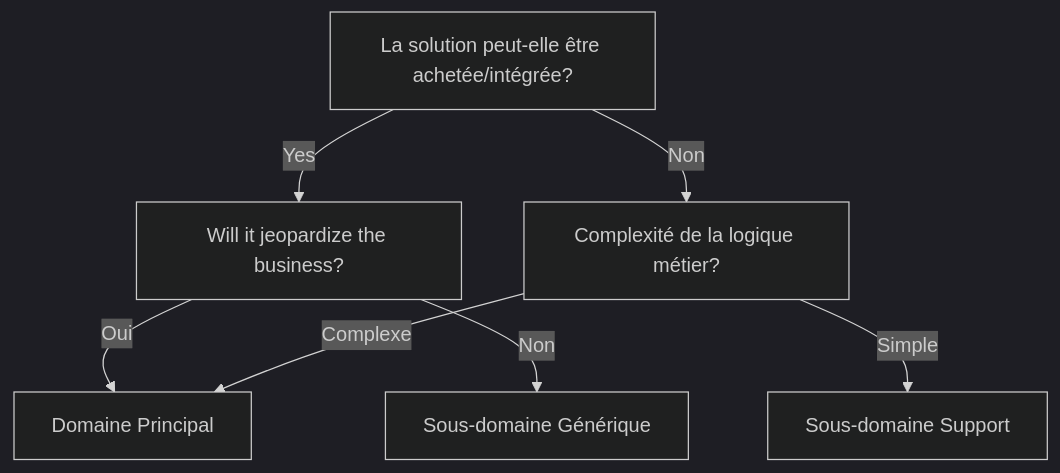
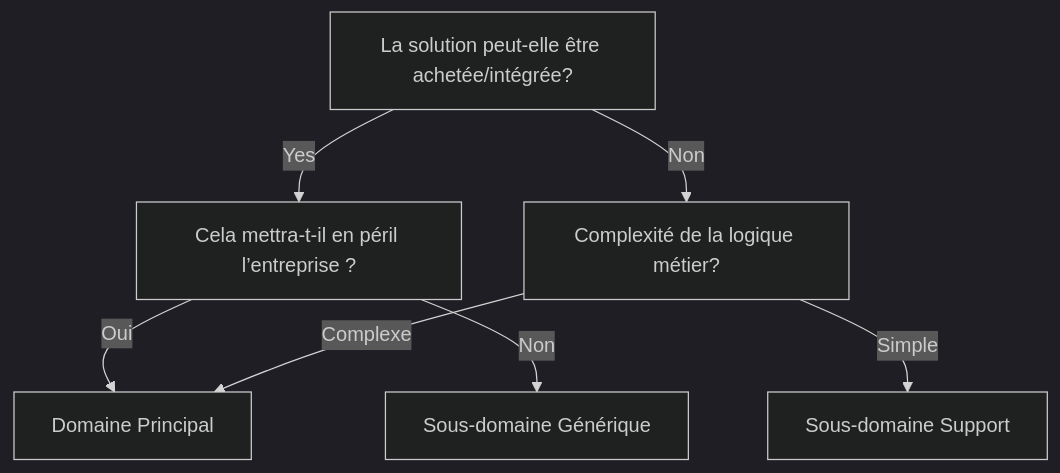
One commit to tavenel/website changed the eighth of 16 diagrams in src/pages/cours/ddd/ddd-cours.md. Above: the diagram before and after it, drawn with Mermaid (dark theme). The commit also changed other lines of this file, not shown here.

Commit message:
ddd: diagrammes d'exemples de relations

````diff
--- a/src/pages/cours/ddd/ddd-cours.md
+++ b/src/pages/cours/ddd/ddd-cours.md
@@ -650,9 +664,9 @@
 ```mermaid
 flowchart TD
-    A["La solution peut-elle être achetée/intégrée?"] -->|Yes| B["Will it jeopardize the business?"]
+    A["La solution peut-elle être achetée/intégrée?"] -->|Yes| B["Cela mettra-t-il en péril l’entreprise ?"]
     A -->|Non| C["Complexité de la logique métier?"]
     B -->|Oui| D["Domaine Principal"]
     B -->|Non| E["Sous-domaine Générique"]
     C -->|Complexe| D
     C -->|Simple| F["Sous-domaine Support"]
 ```
````
